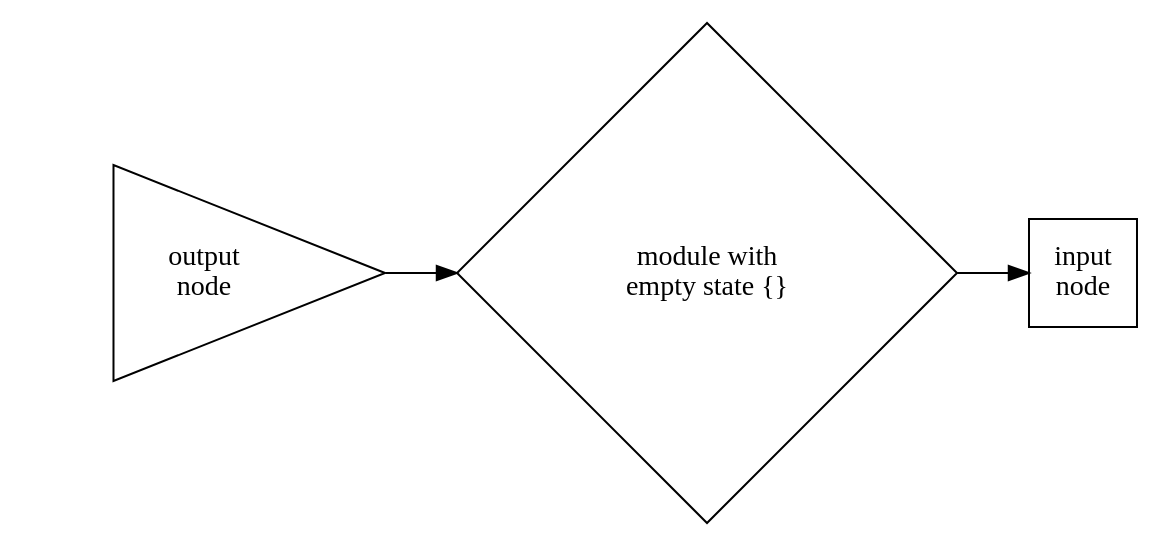
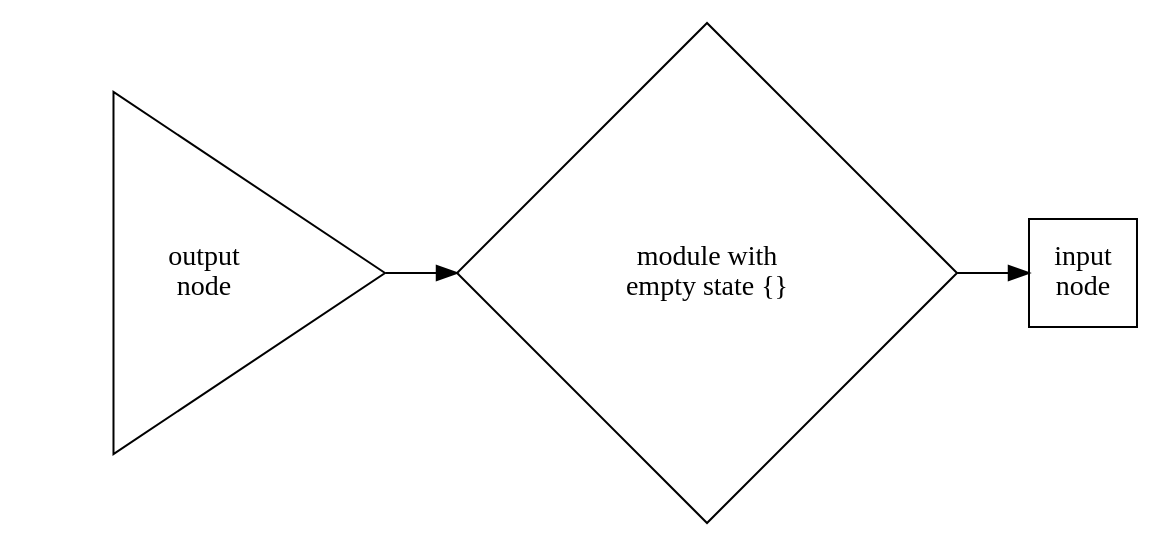
One commit to mjambon/blog changed the diagram in src/2016-08-20-agi-project-status-2016/dot/transmitter.dot. Above: the diagram before and after it, drawn with Graphviz. The commit also changed 6 other files, not shown here.

Commit message:
Graphs for automatic IO modules: activity feedback, action feedback, reminiscence

```diff
--- a/src/2016-08-20-agi-project-status-2016/dot/transmitter.dot
+++ b/src/2016-08-20-agi-project-status-2016/dot/transmitter.dot
@@ -1,14 +1,15 @@
 digraph {
   rankdir = LR
 
   node [ label = "", shape = "square" ]
   input [ label = "input\nnode" ]
 
   node [ label = "", shape = "square", orientation = "45" ]
   state [ label = "module with\nempty state {}" ]
 
-  node [ label = "", shape = "triangle", orientation = "-90" ]
+  node [ label = "", shape = "triangle",
+         orientation = "-90", regular = "true" ]
   output [ label = "output\nnode" ]
 
   output -> state -> input
 }
```
